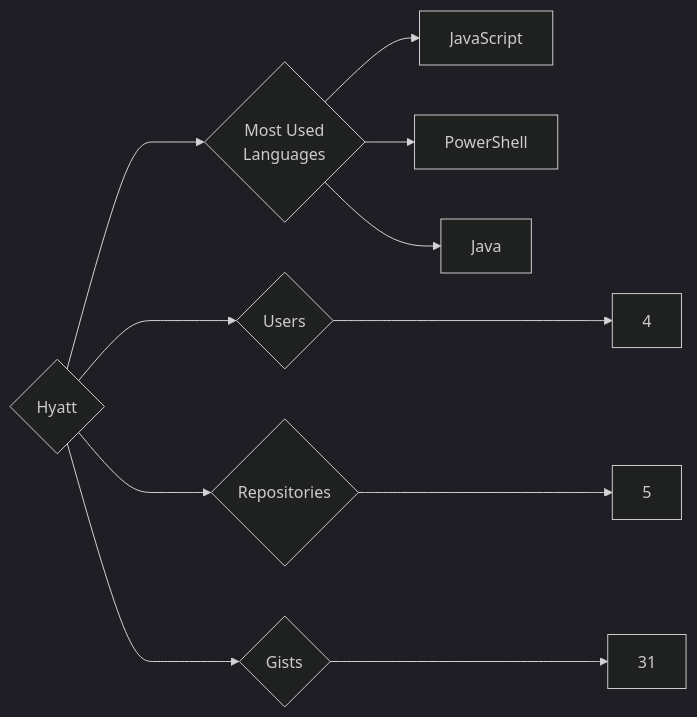
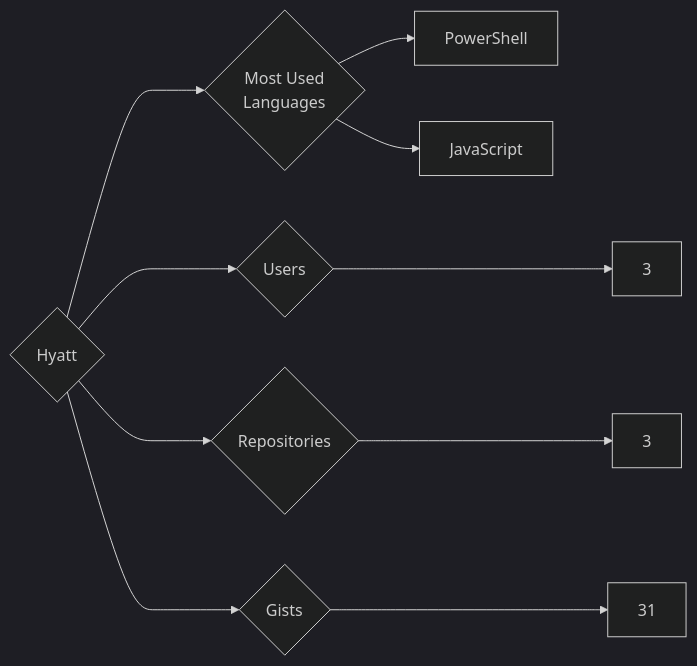
One commit to trickest/insiders changed the diagram in targets/Hyatt/README.md. Above: the diagram before and after it, drawn with Mermaid (dark theme). The commit also changed 997 other files, not shown here.

````diff
--- a/targets/Hyatt/README.md
+++ b/targets/Hyatt/README.md
@@ -3,11 +3,10 @@
 ```mermaid
 graph LR
 COMPANY_NAME{Hyatt}
-COMPANY_NAME ---> U{Users} ---> UN[4]
-COMPANY_NAME ---> R{Repositories} ---> RN[5]
+COMPANY_NAME ---> U{Users} ---> UN[3]
+COMPANY_NAME ---> R{Repositories} ---> RN[3]
 COMPANY_NAME ---> G{Gists} ---> GN[31]
 COMPANY_NAME ---> ML{Most Used<br>Languages}
+ML --> PowerShell[PowerShell]
 ML --> JavaScript[JavaScript]
-ML --> PowerShell[PowerShell]
-ML --> Java[Java]
 ```
````
